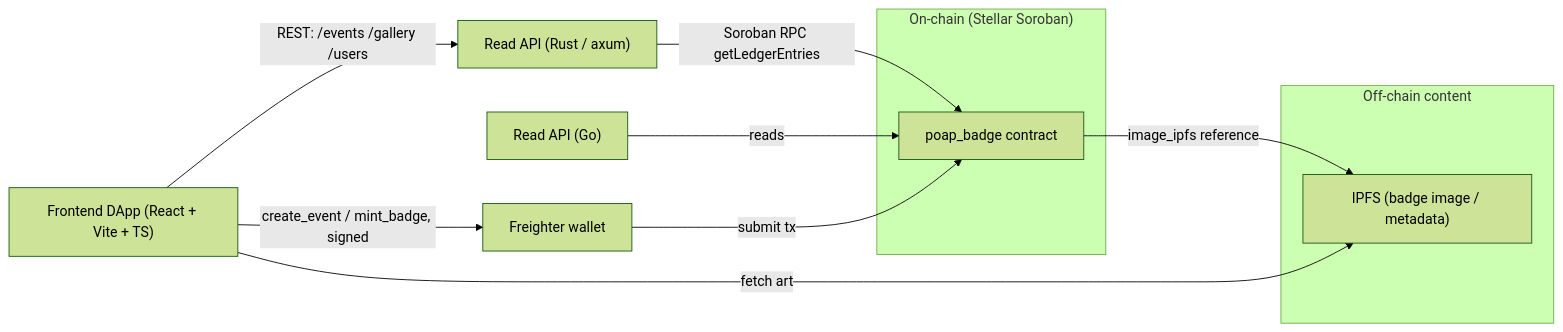
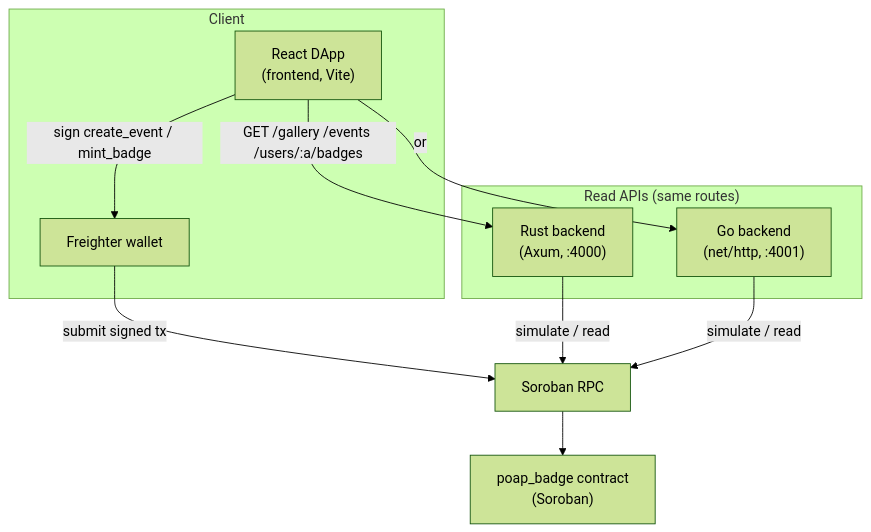
One commit to fabricioguidine/hack-meridian changed the diagram in README.md. Above: the diagram before and after it, drawn with Mermaid (forest theme). The commit also changed other lines of this file and 1 other file, not shown here.

Commit message:
docs: re-normalize README after iteration (banner, badges, architecture diagram)

````diff
--- a/README.md
+++ b/README.md
@@ -37,21 +55,23 @@
 ```mermaid
-flowchart LR
-    subgraph OnChain["On-chain (Stellar Soroban)"]
-        C["poap_badge contract"]
+flowchart TD
+    subgraph Client
+        FE["React DApp<br/>(frontend, Vite)"]
+        FR["Freighter wallet"]
     end
-    subgraph OffChain["Off-chain content"]
-        IPFS["IPFS (badge image / metadata)"]
+
+    subgraph ReadAPIs["Read APIs (same routes)"]
+        RS["Rust backend<br/>(Axum, :4000)"]
+        GO["Go backend<br/>(net/http, :4001)"]
     end
-    FE["Frontend DApp (React + Vite + TS)"]
-    BE["Read API (Rust / axum)"]
-    GO["Read API (Go)"]
-    W["Freighter wallet"]
 
-    BE -->|Soroban RPC getLedgerEntries| C
-    GO -->|reads| C
-    FE -->|REST: /events /gallery /users| BE
-    FE -->|create_event / mint_badge, signed| W
-    W -->|submit tx| C
-    C -->|image_ipfs reference| IPFS
-    FE -->|fetch art| IPFS
+    RPC["Soroban RPC"]
+    SC["poap_badge contract<br/>(Soroban)"]
+
+    FE -->|"GET /gallery /events /users/:a/badges"| RS
+    FE -->|"or"| GO
+    FE -->|"sign create_event / mint_badge"| FR
+    FR -->|"submit signed tx"| RPC
+    RS -->|"simulate / read"| RPC
+    GO -->|"simulate / read"| RPC
+    RPC --> SC
 ```
````
